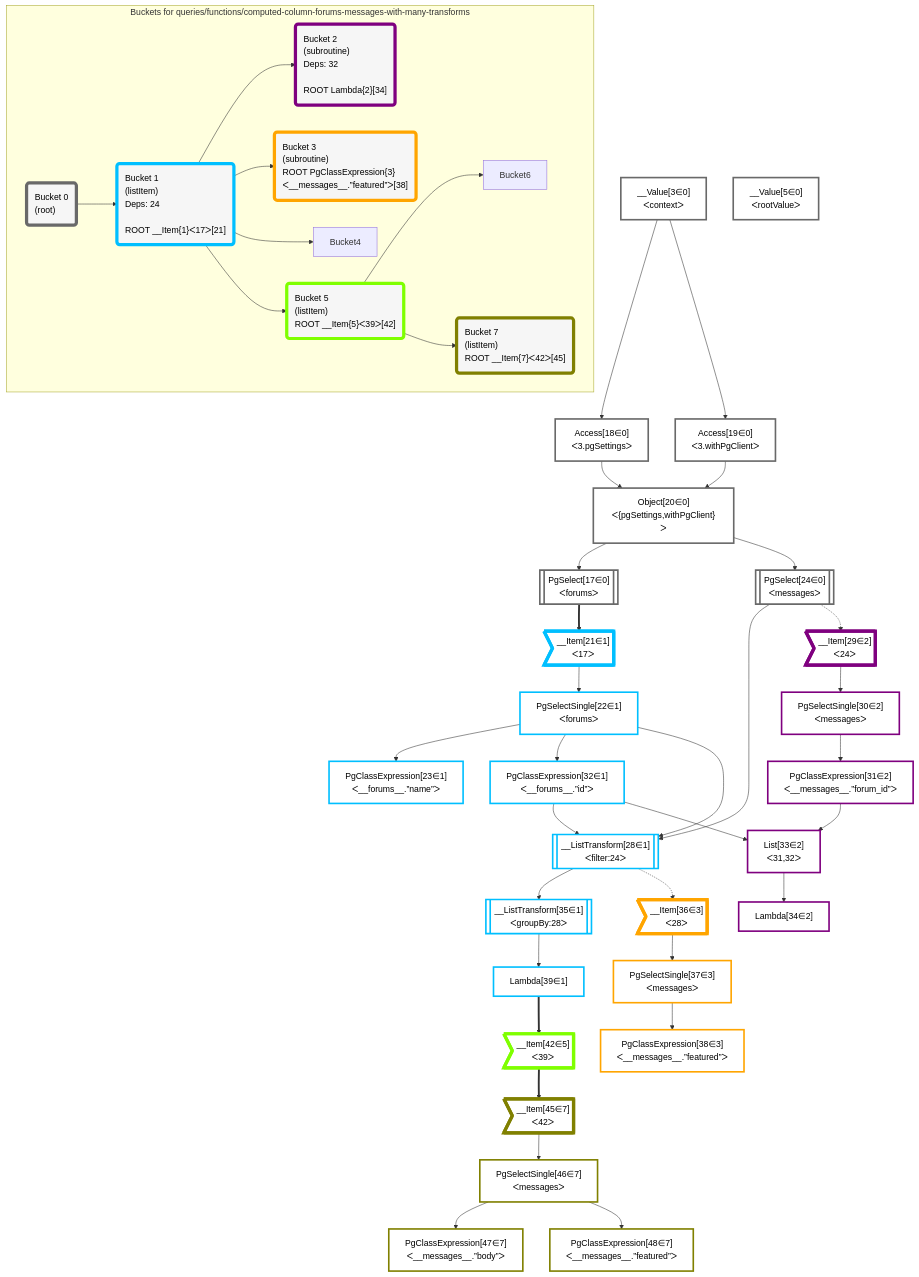
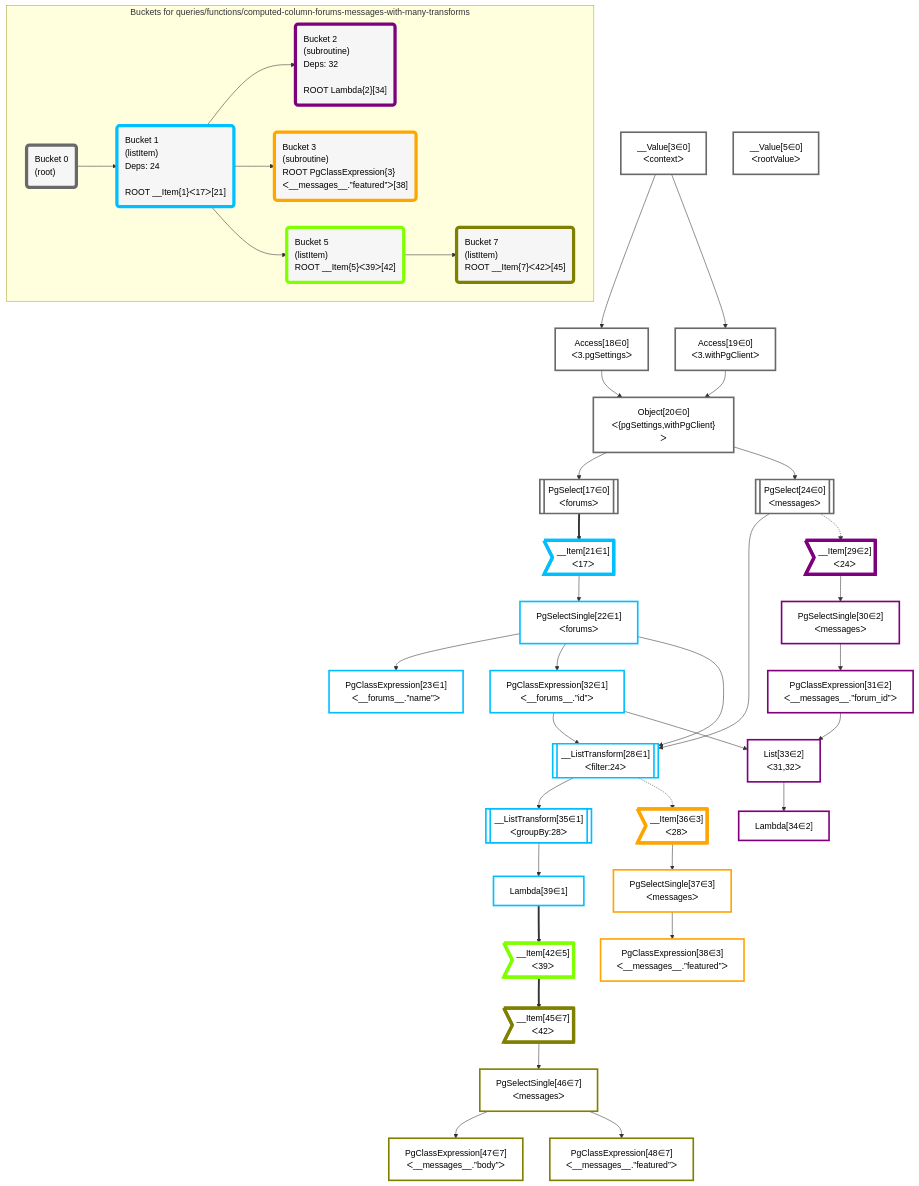
One commit to graphile/crystal changed the diagram in grafast/dataplan-pg/__tests__/queries/functions/computed-column-forums-messages-with-many-transforms.mermaid. Above: the diagram before and after it, drawn with Mermaid. The commit also changed 4 other files, not shown here.

```diff
--- a/grafast/dataplan-pg/__tests__/queries/functions/computed-column-forums-messages-with-many-transforms.mermaid
+++ b/grafast/dataplan-pg/__tests__/queries/functions/computed-column-forums-messages-with-many-transforms.mermaid
@@ -1,87 +1,87 @@
 graph TD
     classDef path fill:#eee,stroke:#000,color:#000
     classDef plan fill:#fff,stroke-width:3px,color:#000
     classDef itemplan fill:#fff,stroke-width:6px,color:#000
     classDef sideeffectplan fill:#f00,stroke-width:6px,color:#000
     classDef bucket fill:#f6f6f6,color:#000,stroke-width:6px,text-align:left
 
 
     %% define steps
     __Value3["__Value[3∈0]<br />ᐸcontextᐳ"]:::plan
     __Value5["__Value[5∈0]<br />ᐸrootValueᐳ"]:::plan
     Access18["Access[18∈0]<br />ᐸ3.pgSettingsᐳ"]:::plan
     Access19["Access[19∈0]<br />ᐸ3.withPgClientᐳ"]:::plan
     Object20["Object[20∈0]<br />ᐸ{pgSettings,withPgClient}ᐳ"]:::plan
     PgSelect17[["PgSelect[17∈0]<br />ᐸforumsᐳ"]]:::plan
     __Item21>"__Item[21∈1]<br />ᐸ17ᐳ"]:::itemplan
     PgSelectSingle22["PgSelectSingle[22∈1]<br />ᐸforumsᐳ"]:::plan
     PgClassExpression23["PgClassExpression[23∈1]<br />ᐸ__forums__.”name”ᐳ"]:::plan
     PgSelect24[["PgSelect[24∈0]<br />ᐸmessagesᐳ"]]:::plan
     PgClassExpression32["PgClassExpression[32∈1]<br />ᐸ__forums__.”id”ᐳ"]:::plan
     __ListTransform28[["__ListTransform[28∈1]<br />ᐸfilter:24ᐳ"]]:::plan
     __Item29>"__Item[29∈2]<br />ᐸ24ᐳ"]:::itemplan
     PgSelectSingle30["PgSelectSingle[30∈2]<br />ᐸmessagesᐳ"]:::plan
     PgClassExpression31["PgClassExpression[31∈2]<br />ᐸ__messages__.”forum_id”ᐳ"]:::plan
     List33["List[33∈2]<br />ᐸ31,32ᐳ"]:::plan
     Lambda34["Lambda[34∈2]"]:::plan
     __ListTransform35[["__ListTransform[35∈1]<br />ᐸgroupBy:28ᐳ"]]:::plan
     __Item36>"__Item[36∈3]<br />ᐸ28ᐳ"]:::itemplan
     PgSelectSingle37["PgSelectSingle[37∈3]<br />ᐸmessagesᐳ"]:::plan
     PgClassExpression38["PgClassExpression[38∈3]<br />ᐸ__messages__.”featured”ᐳ"]:::plan
     Lambda39["Lambda[39∈1]"]:::plan
     __Item42>"__Item[42∈5]<br />ᐸ39ᐳ"]:::itemplan
     __Item45>"__Item[45∈7]<br />ᐸ42ᐳ"]:::itemplan
     PgSelectSingle46["PgSelectSingle[46∈7]<br />ᐸmessagesᐳ"]:::plan
     PgClassExpression47["PgClassExpression[47∈7]<br />ᐸ__messages__.”body”ᐳ"]:::plan
     PgClassExpression48["PgClassExpression[48∈7]<br />ᐸ__messages__.”featured”ᐳ"]:::plan
 
     %% plan dependencies
     __Value3 --> Access18
     __Value3 --> Access19
     Access18 & Access19 --> Object20
     Object20 --> PgSelect17
     PgSelect17 ==> __Item21
     __Item21 --> PgSelectSingle22
     PgSelectSingle22 --> PgClassExpression23
     Object20 --> PgSelect24
     PgSelectSingle22 --> PgClassExpression32
     PgSelect24 & PgSelectSingle22 & PgClassExpression32 --> __ListTransform28
     PgSelect24 -.-> __Item29
     __Item29 --> PgSelectSingle30
     PgSelectSingle30 --> PgClassExpression31
     PgClassExpression31 & PgClassExpression32 --> List33
     List33 --> Lambda34
     __ListTransform28 --> __ListTransform35
     __ListTransform28 -.-> __Item36
     __Item36 --> PgSelectSingle37
     PgSelectSingle37 --> PgClassExpression38
     __ListTransform35 --> Lambda39
     Lambda39 ==> __Item42
     __Item42 ==> __Item45
     __Item45 --> PgSelectSingle46
     PgSelectSingle46 --> PgClassExpression47
     PgSelectSingle46 --> PgClassExpression48
 
     subgraph "Buckets for queries/functions/computed-column-forums-messages-with-many-transforms"
     Bucket0("Bucket 0<br />(root)"):::bucket
     classDef bucket0 stroke:#696969
     class Bucket0,__Value3,__Value5,PgSelect17,Access18,Access19,Object20,PgSelect24 bucket0
     Bucket1("Bucket 1<br />(listItem)<br />Deps: 24<br /><br />ROOT __Item{1}ᐸ17ᐳ[21]"):::bucket
     classDef bucket1 stroke:#00bfff
     class Bucket1,__Item21,PgSelectSingle22,PgClassExpression23,__ListTransform28,PgClassExpression32,__ListTransform35,Lambda39 bucket1
     Bucket2("Bucket 2<br />(subroutine)<br />Deps: 32<br /><br />ROOT Lambda{2}[34]"):::bucket
     classDef bucket2 stroke:#7f007f
     class Bucket2,__Item29,PgSelectSingle30,PgClassExpression31,List33,Lambda34 bucket2
     Bucket3("Bucket 3<br />(subroutine)<br />ROOT PgClassExpression{3}ᐸ__messages__.”featured”ᐳ[38]"):::bucket
     classDef bucket3 stroke:#ffa500
     class Bucket3,__Item36,PgSelectSingle37,PgClassExpression38 bucket3
     Bucket5("Bucket 5<br />(listItem)<br />ROOT __Item{5}ᐸ39ᐳ[42]"):::bucket
     classDef bucket5 stroke:#7fff00
     class Bucket5,__Item42 bucket5
     Bucket7("Bucket 7<br />(listItem)<br />ROOT __Item{7}ᐸ42ᐳ[45]"):::bucket
     classDef bucket7 stroke:#808000
     class Bucket7,__Item45,PgSelectSingle46,PgClassExpression47,PgClassExpression48 bucket7
     Bucket0 --> Bucket1
-    Bucket1 --> Bucket2 & Bucket3 & Bucket4 & Bucket5
-    Bucket5 --> Bucket6 & Bucket7
+    Bucket1 --> Bucket2 & Bucket3 & Bucket5
+    Bucket5 --> Bucket7
     end
```
